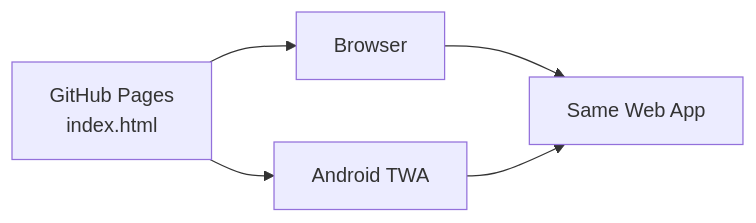
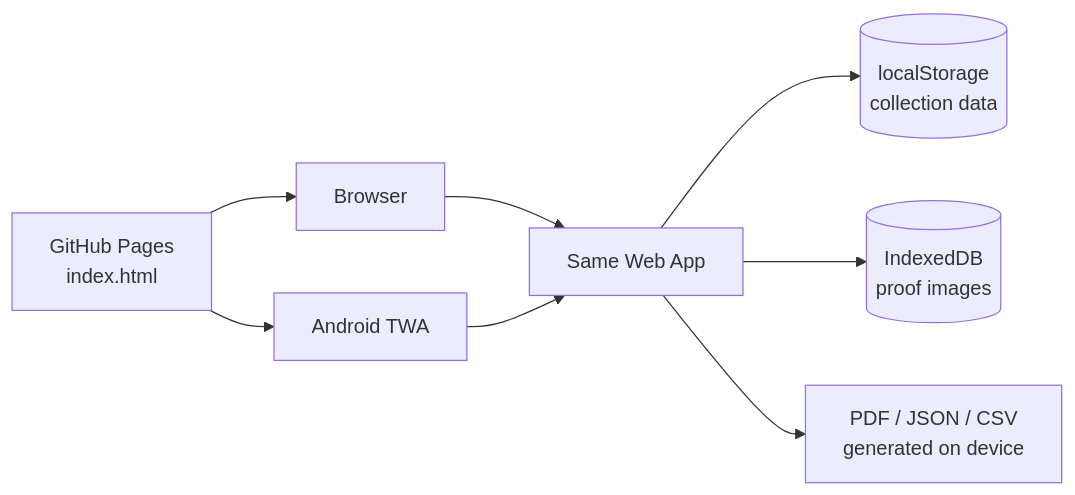
Before and after one commit to VinaySoni-IN/Collection-Sathi: the third of 4 diagrams in README.md, drawn with Mermaid. The commit also changed other lines of this file and 2 other files, not shown here.

First line of the commit message:
Add PDF transaction report, JSON backup/import, CSV export, README overhaul

````diff
--- a/README.md
+++ b/README.md
@@ -158,7 +268,10 @@
 ```mermaid
 flowchart LR
     A[GitHub Pages<br/>index.html] --> B[Browser]
     A --> C[Android TWA]
     B --> D[Same Web App]
     C --> D
+    D --> E[(localStorage<br/>collection data)]
+    D --> F[(IndexedDB<br/>proof images)]
+    D --> G[PDF / JSON / CSV<br/>generated on device]
 ```
````
